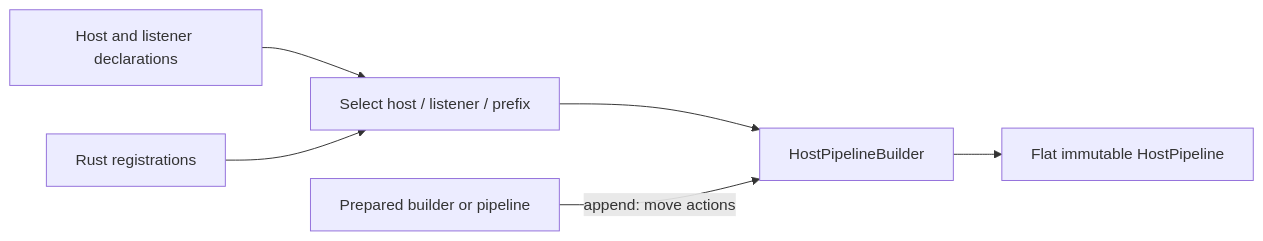
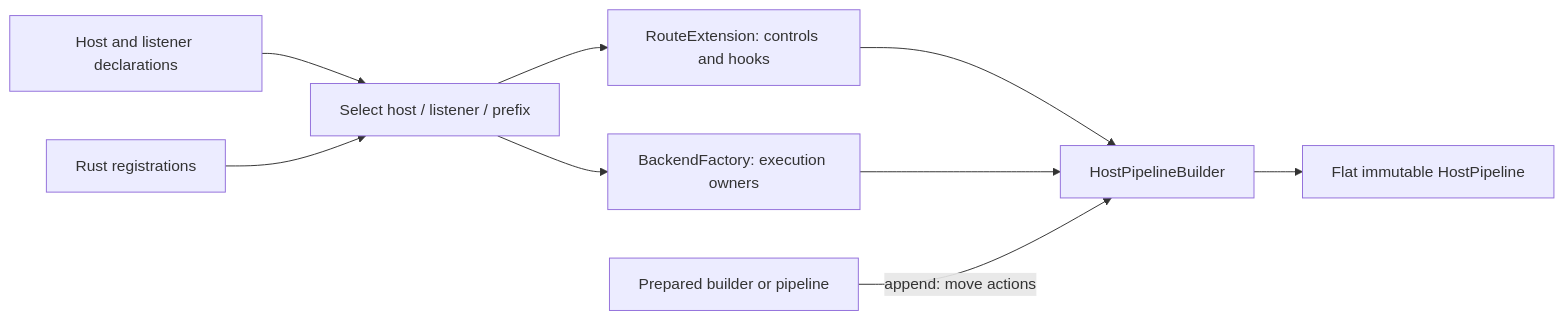
The first of 3 diagrams in docs/design/HOST_PIPELINE.md (claviron/claviron), drawn with Mermaid before and after one commit. The commit also changed other lines of this file and 28 other files, not shown here.

````diff
--- a/docs/design/HOST_PIPELINE.md
+++ b/docs/design/HOST_PIPELINE.md
@@ -23,8 +29,11 @@
 ```mermaid
 flowchart LR
     Config[Host and listener declarations] --> Scope[Select host / listener / prefix]
     Rust[Rust registrations] --> Scope
-    Scope --> Builder[HostPipelineBuilder]
+    Scope --> Extensions[RouteExtension: controls and hooks]
+    Scope --> Backends[BackendFactory: execution owners]
+    Extensions --> Builder[HostPipelineBuilder]
+    Backends --> Builder
     Prepared[Prepared builder or pipeline] -->|append: move actions| Builder
     Builder --> Plan[Flat immutable HostPipeline]
 ```
````
